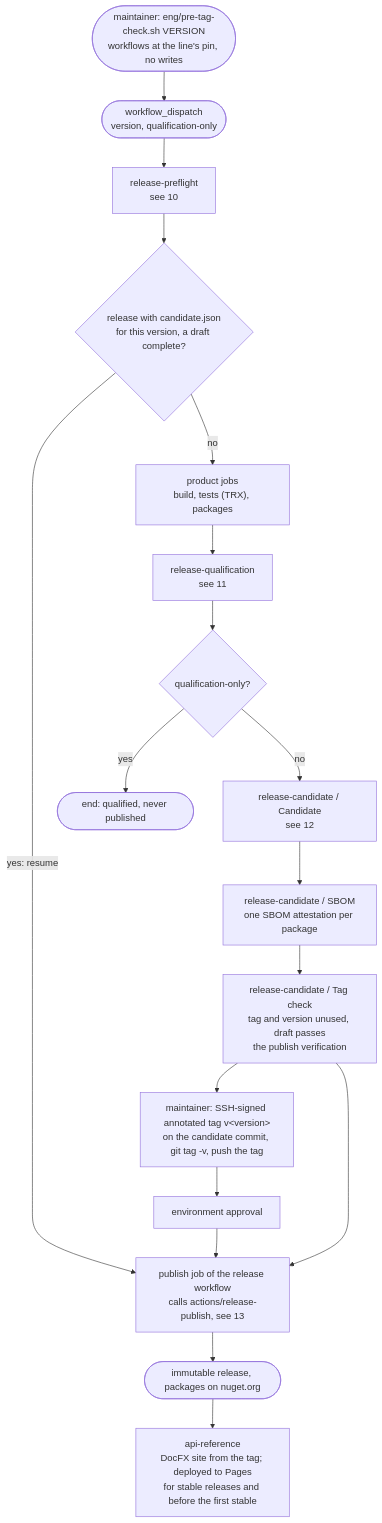
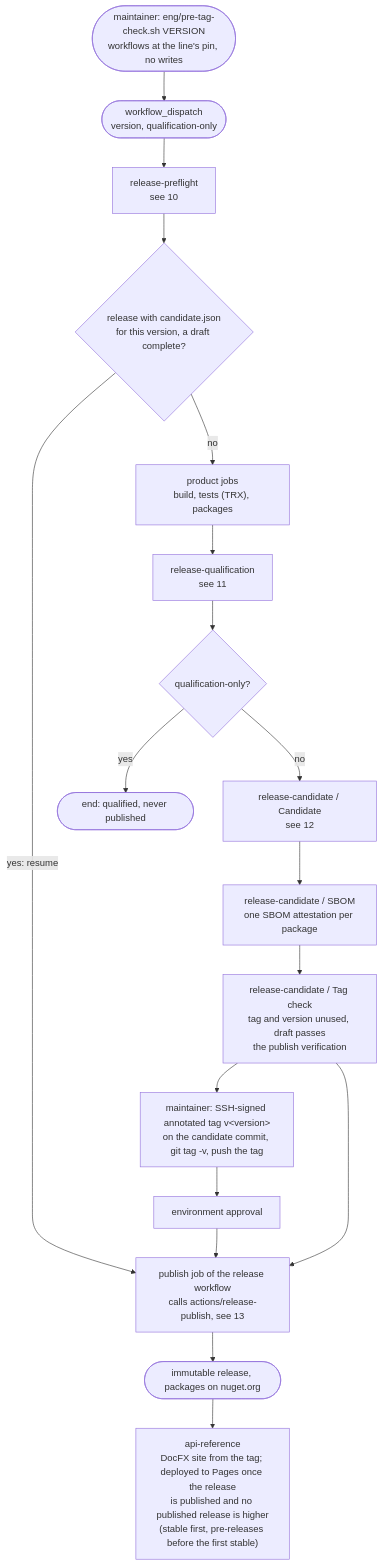
One commit to doka-labs/workflows changed the ninth of 19 diagrams in docs/overview.md. Above: the diagram before and after it, drawn with Mermaid. The commit also changed other lines of this file and 29 other files, not shown here.

````diff
--- a/docs/overview.md
+++ b/docs/overview.md
@@ -270,20 +270,20 @@
 ```mermaid
 flowchart TB
   local(["maintainer: eng/pre-tag-check.sh VERSION<br/>workflows at the line's pin, no writes"]) --> start
   start(["workflow_dispatch<br/>version, qualification-only"]) --> pre["release-preflight<br/>see 10"]
   pre --> resume{"release with candidate.json<br/>for this version, a draft complete?"}
   resume -- "yes: resume" --> publish
   resume -- no --> build["product jobs<br/>build, tests (TRX), packages"]
   build --> qual["release-qualification<br/>see 11"]
   qual --> only{"qualification-only?"}
   only -- yes --> done1(["end: qualified, never published"])
   only -- no --> cand["release-candidate / Candidate<br/>see 12"]
   cand --> sbom["release-candidate / SBOM<br/>one SBOM attestation per package"]
   sbom --> check["release-candidate / Tag check<br/>tag and version unused, draft passes<br/>the publish verification"]
   check --> tag["maintainer: SSH-signed annotated tag v&lt;version&gt;<br/>on the candidate commit, git tag -v, push the tag"]
   tag --> approve["environment approval"]
   check --> publish
   approve --> publish["publish job of the release workflow<br/>calls actions/release-publish, see 13"]
   publish --> done2(["immutable release, packages on nuget.org"])
-  done2 --> site["api-reference<br/>DocFX site from the tag; deployed to Pages<br/>for stable releases and before the first stable"]
+  done2 --> site["api-reference<br/>DocFX site from the tag; deployed to Pages once the release<br/>is published and no published release is higher<br/>(stable first, pre-releases before the first stable)"]
 ```
````
